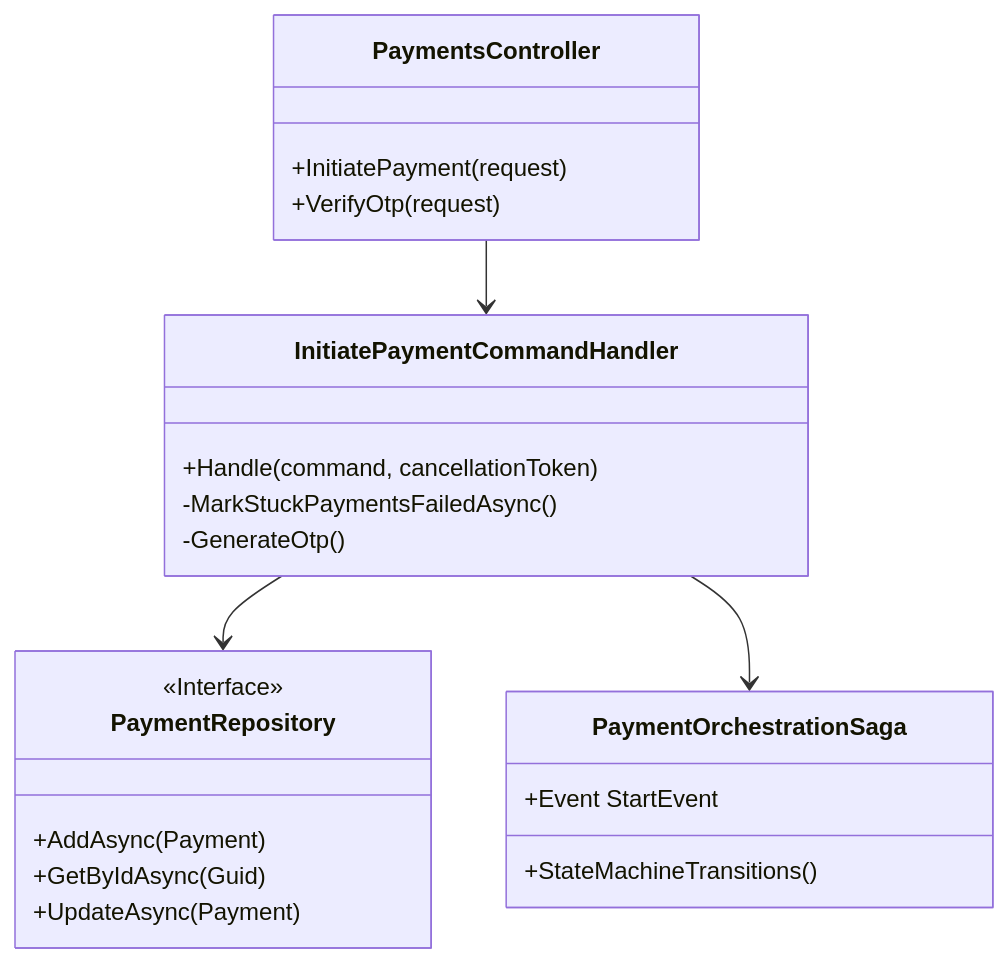
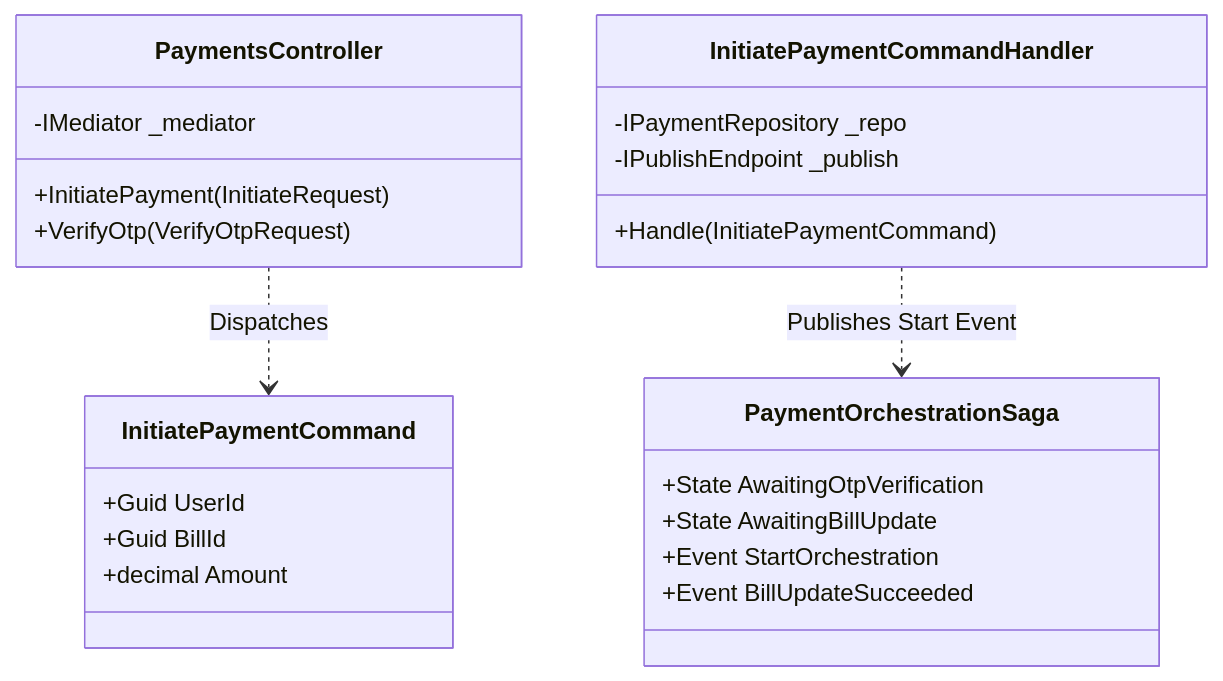
Before and after one commit to TirtharajBarma/cred-vault: the second of 3 diagrams in src/docs/LLD.md, drawn with Mermaid. The commit also changed other lines of this file and 26 other files, not shown here.

````diff
--- a/src/docs/LLD.md
+++ b/src/docs/LLD.md
@@ -466,29 +91,30 @@
 ```mermaid
 classDiagram
     class PaymentsController {
-      +InitiatePayment(request)
-      +VerifyOtp(request)
+        -IMediator _mediator
+        +InitiatePayment(InitiateRequest)
+        +VerifyOtp(VerifyOtpRequest)
+    }
+
+    class InitiatePaymentCommand {
+        +Guid UserId
+        +Guid BillId
+        +decimal Amount
     }
 
     class InitiatePaymentCommandHandler {
-      +Handle(command, cancellationToken)
-      -MarkStuckPaymentsFailedAsync()
-      -GenerateOtp()
-    }
-
-    class PaymentRepository {
-      <<Interface>>
-      +AddAsync(Payment)
-      +GetByIdAsync(Guid)
-      +UpdateAsync(Payment)
+        -IPaymentRepository _repo
+        -IPublishEndpoint _publish
+        +Handle(InitiatePaymentCommand)
     }
 
     class PaymentOrchestrationSaga {
-      +StateMachineTransitions()
-      +Event<IStartPaymentOrchestration> StartEvent
+        +State AwaitingOtpVerification
+        +State AwaitingBillUpdate
+        +Event StartOrchestration
+        +Event BillUpdateSucceeded
     }
 
-    PaymentsController --> InitiatePaymentCommandHandler
-    InitiatePaymentCommandHandler --> PaymentRepository
-    InitiatePaymentCommandHandler --> PaymentOrchestrationSaga
+    PaymentsController ..> InitiatePaymentCommand : Dispatches
+    InitiatePaymentCommandHandler ..> PaymentOrchestrationSaga : Publishes Start Event
 ```
````
